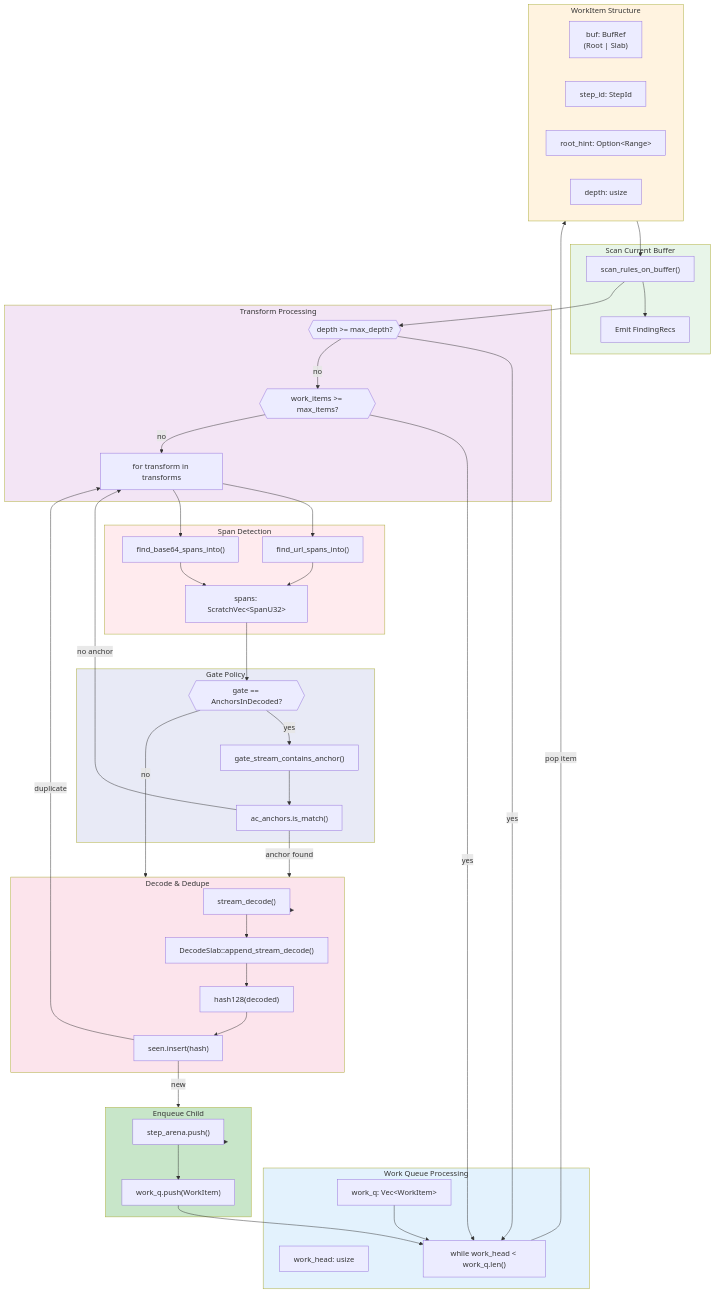
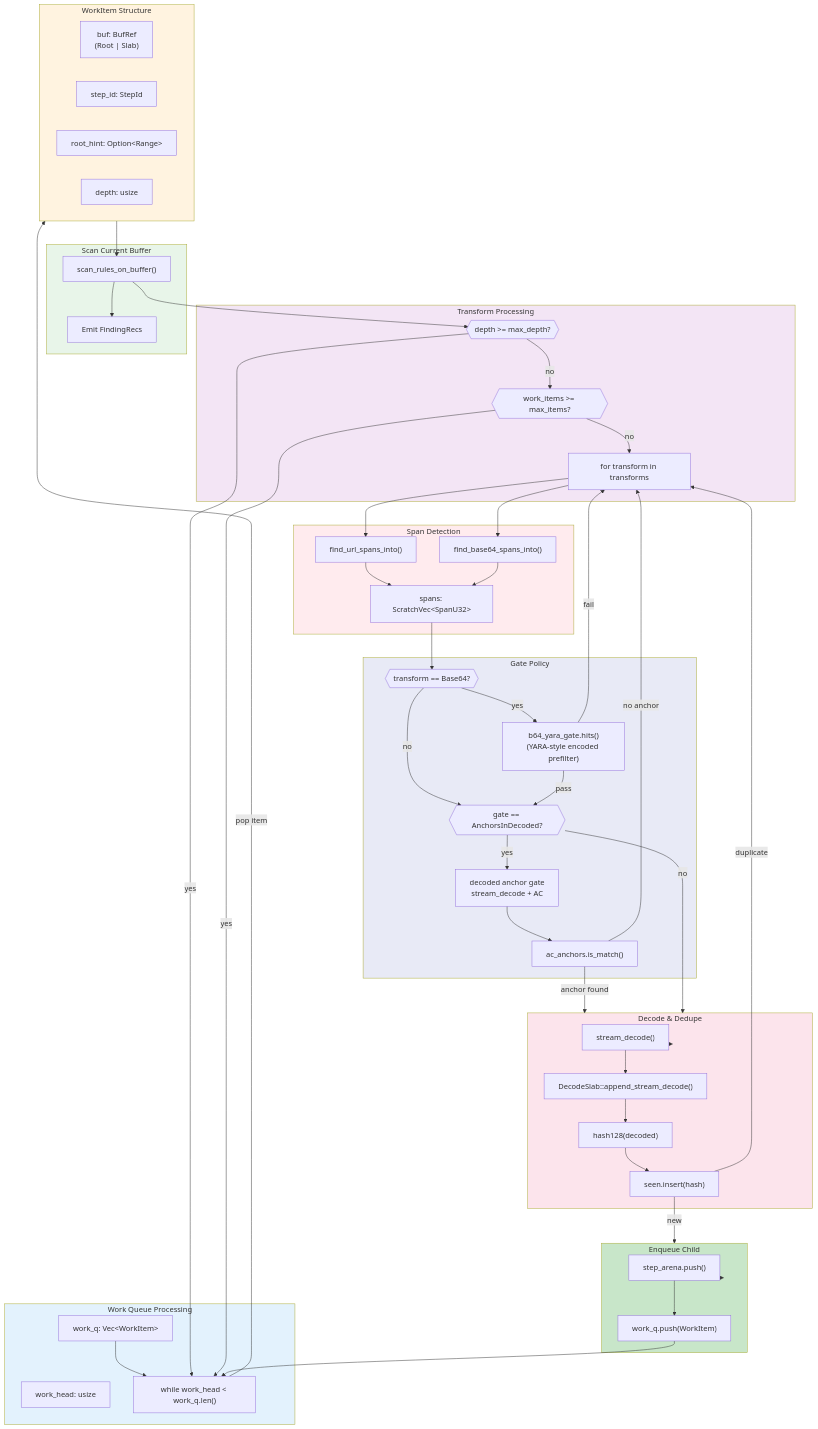
The first of 6 diagrams in docs/transform-chain.md (ahrav/scratch-scanner-rs), drawn with Mermaid before and after one commit. The commit also changed other lines of this file and 12 other files, not shown here.

```diff
--- a/docs/transform-chain.md
+++ b/docs/transform-chain.md
@@ -35,8 +35,10 @@
     end
 
     subgraph Gating["Gate Policy"]
+        CheckB64{{"transform == Base64?"}}
+        PreGate["b64_yara_gate.hits()<br/>(YARA-style encoded prefilter)"]
         Gate{{"gate == AnchorsInDecoded?"}}
-        StreamGate["gate_stream_contains_anchor()"]
+        StreamGate["decoded anchor gate<br/>stream_decode + AC"]
         ACMatch["ac_anchors.is_match()"]
     end
 
@@ -68,7 +70,11 @@
     URL --> Spans
     B64 --> Spans
 
-    Spans --> Gate
+    Spans --> CheckB64
+    CheckB64 --> |"yes"| PreGate
+    CheckB64 --> |"no"| Gate
+    PreGate --> |"pass"| Gate
+    PreGate --> |"fail"| ForTransform
     Gate --> |"yes"| StreamGate
     StreamGate --> ACMatch
     ACMatch --> |"no anchor"| ForTransform
```
